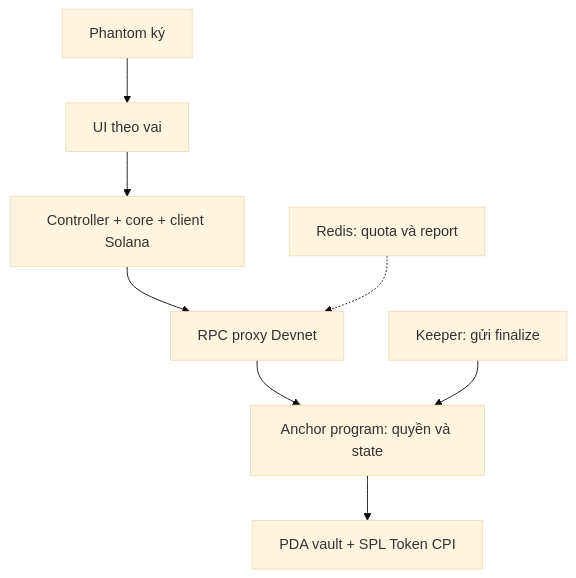
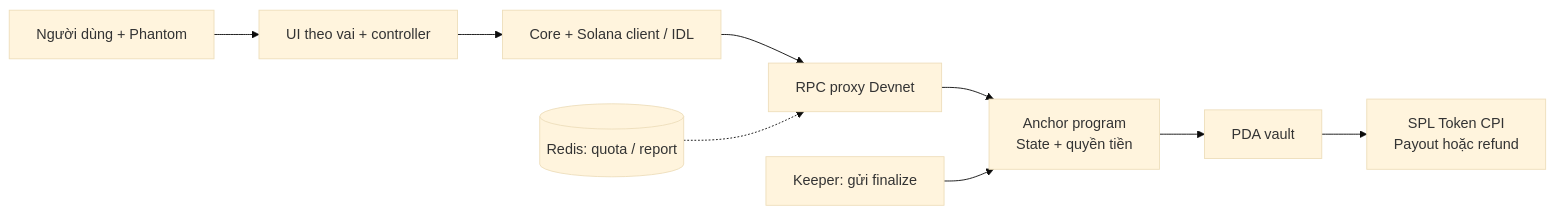
Before and after one commit to 2274802010922/pipicachu: the diagram in README.md, drawn with Mermaid (base theme). The commit also changed other lines of this file and 18 other files, not shown here.

````diff
--- a/README.md
+++ b/README.md
@@ -114,10 +107,11 @@
 ```mermaid
-flowchart TB
-  Wallet[Phantom ký] --> UI[UI theo vai]
-  UI --> Controller[Controller + core + client Solana]
-  Controller --> RPC[RPC proxy Devnet]
-  Redis[Redis: quota và report] -.-> RPC
-  RPC --> Program[Anchor program: quyền và state]
+flowchart LR
+  User[Người dùng + Phantom] --> Web[UI theo vai + controller]
+  Web --> Client[Core + Solana client / IDL]
+  Client --> RPC[RPC proxy Devnet]
+  Redis[(Redis: quota / report)] -.-> RPC
+  RPC --> Program["Anchor program<br/>State + quyền tiền"]
   Keeper[Keeper: gửi finalize] --> Program
-  Program --> Vault[PDA vault + SPL Token CPI]
+  Program --> Vault[PDA vault]
+  Vault --> Split["SPL Token CPI<br/>Payout hoặc refund"]
 ```
````
